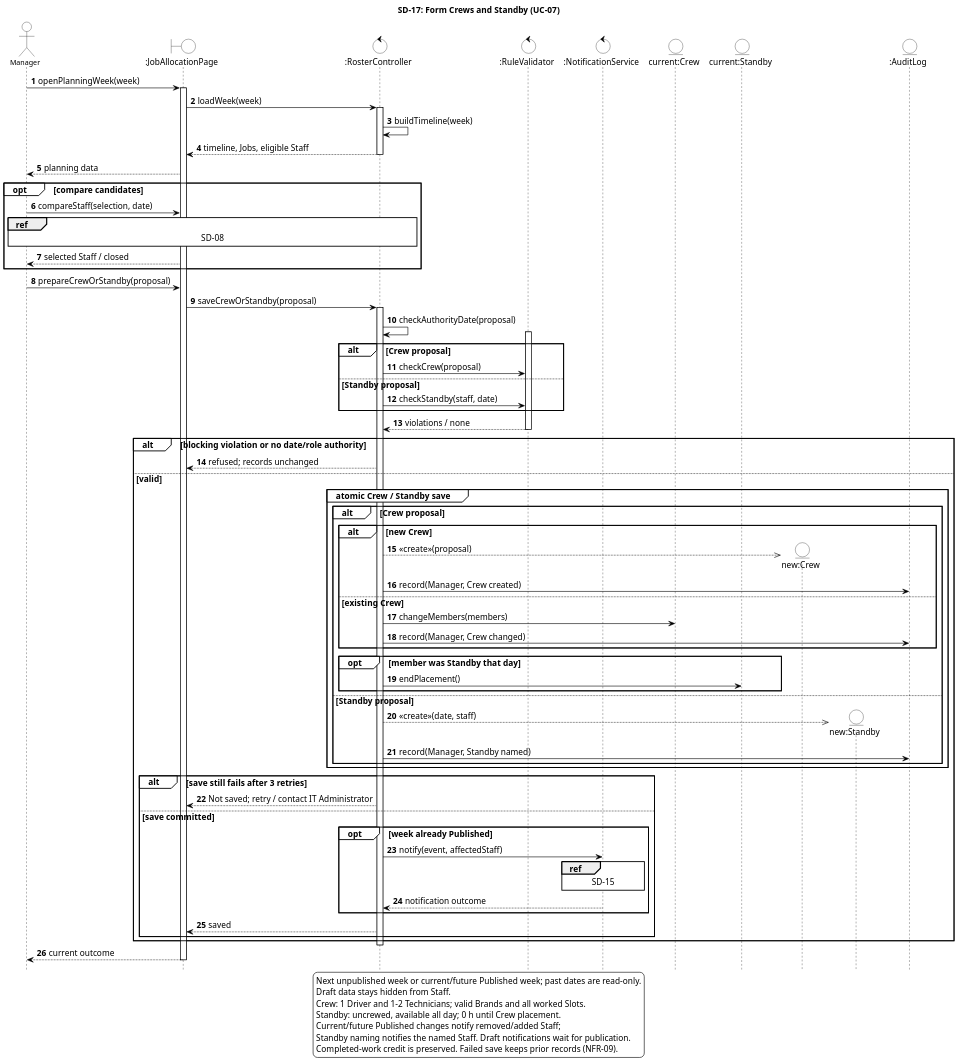
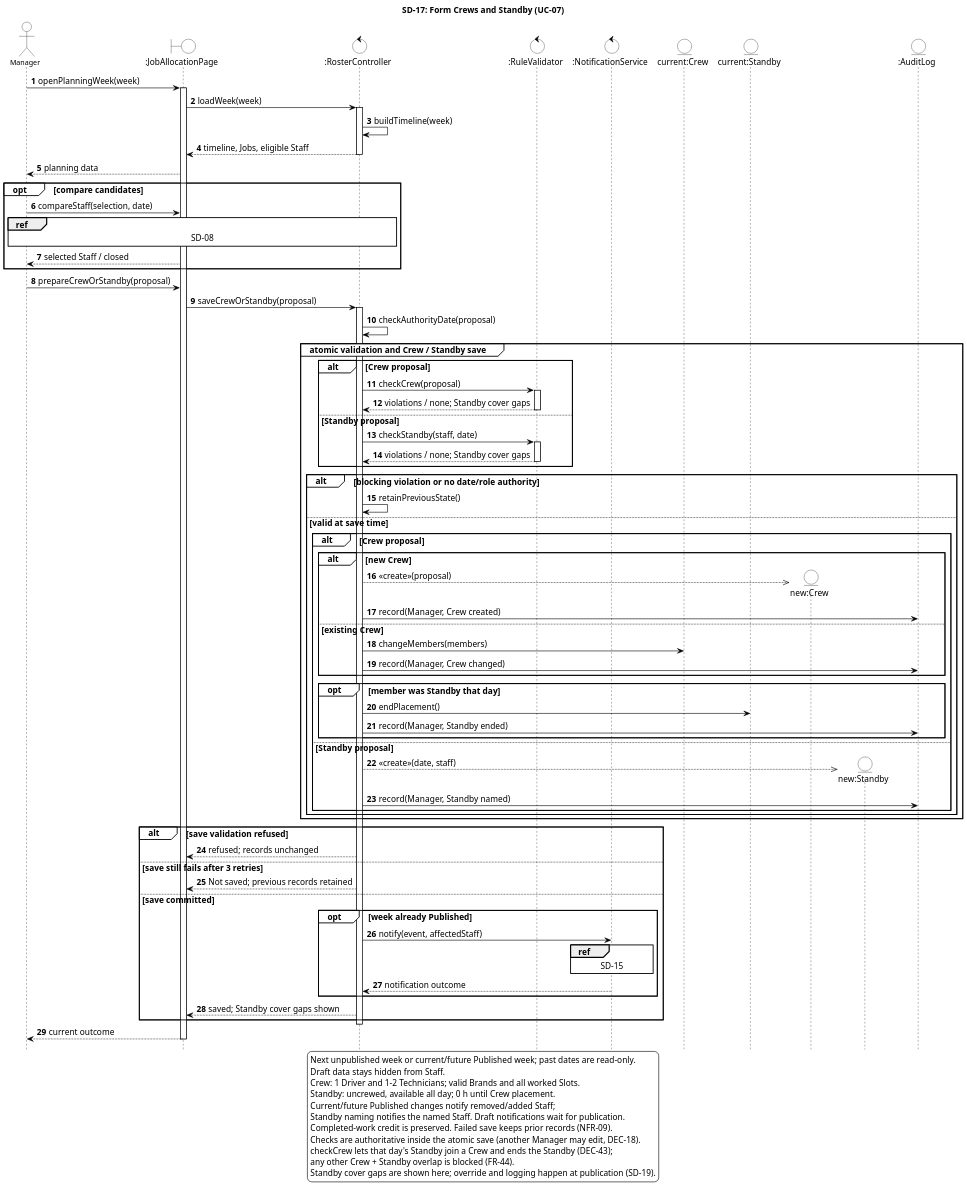
Before and after one commit to ZadeNova/inf2001-SE: the diagram in diagrams/SD-17-form-crews-and-standby.puml, drawn with PlantUML. The commit also changed 4 other files, not shown here.

First line of the commit message:
Fix consistency gaps in SD-17, SD-18 and SD-19

```diff
--- a/diagrams/SD-17-form-crews-and-standby.puml
+++ b/diagrams/SD-17-form-crews-and-standby.puml
@@ -1,110 +1,119 @@
 @startuml SD-17-form-crews-and-standby
 skinparam backgroundColor white
 skinparam shadowing false
 skinparam defaultFontName Arial
 skinparam defaultFontSize 14
 skinparam ArrowColor black
 skinparam ParticipantBackgroundColor white
 skinparam ParticipantBorderColor black
 skinparam ActorBackgroundColor white
 skinparam ActorBorderColor black
 skinparam BoundaryBackgroundColor white
 skinparam BoundaryBorderColor black
 skinparam ControlBackgroundColor white
 skinparam ControlBorderColor black
 skinparam EntityBackgroundColor white
 skinparam EntityBorderColor black
 skinparam SequenceLifeLineBorderColor black
 skinparam SequenceGroupBorderColor black
 skinparam SequenceGroupBackgroundColor white
 skinparam SequenceReferenceBackgroundColor white
 skinparam SequenceReferenceBorderColor black
 skinparam NoteBackgroundColor white
 skinparam NoteBorderColor black
 skinparam dpi 150
 hide footbox
 skinparam maxMessageSize 300
 skinparam wrapWidth 300
 skinparam sequenceParticipantFontSize 12
 skinparam sequenceActorFontSize 12
 autonumber
 title SD-17: Form Crews and Standby (UC-07)
 ' Traces: UC-07, UC-08; FR-30, FR-32, FR-33, FR-41, FR-43, FR-44, FR-46, FR-50, FR-51, FR-55, FR-64, FR-66, FR-71; NFR-09
 ' Sources: DEC-09, DEC-19, DEC-39, DEC-43, DEC-55, DEC-56; DEC-57; sequence-diagram-review.md.
 ' Round-2 source: DEC-58; sequence-diagram-review-round-2.md.
+' Consistency fix 2026-10-07: authoritative checks inside the atomic save (DEC-18, as SD-25);
+' Standby moved into a Crew (DEC-43); Standby cover gaps shown, overridden at publication (FR-45, FR-71, DEC-19).
 actor Manager
 boundary ":JobAllocationPage" as Page
 control ":RosterController" as RC
 control ":RuleValidator" as RV
 control ":NotificationService" as NS
 entity "current:Crew" as CUR
 entity "current:Standby" as CSB
 entity "new:Crew" as Crew
 entity "new:Standby" as SB
 entity ":AuditLog" as AL
 
 Manager -> Page : openPlanningWeek(week)
 activate Page
 Page -> RC ++ : loadWeek(week)
 RC -> RC : buildTimeline(week)
 RC --> Page -- : timeline, Jobs, eligible Staff
 Page --> Manager : planning data
 opt compare candidates
   Manager -> Page : compareStaff(selection, date)
   ref over Manager, Page, RC : SD-08
   Page --> Manager : selected Staff / closed
 end
 Manager -> Page : prepareCrewOrStandby(proposal)
 Page -> RC ++ : saveCrewOrStandby(proposal)
 RC -> RC : checkAuthorityDate(proposal)
-activate RV
-alt Crew proposal
-  RC -> RV : checkCrew(proposal)
-else Standby proposal
-  RC -> RV : checkStandby(staff, date)
-end
-RV --> RC -- : violations / none
-alt blocking violation or no date/role authority
-  RC --> Page : refused; records unchanged
-else valid
-  group atomic Crew / Standby save
+group atomic validation and Crew / Standby save
+  alt Crew proposal
+    RC -> RV ++ : checkCrew(proposal)
+    RV --> RC -- : violations / none; Standby cover gaps
+  else Standby proposal
+    RC -> RV ++ : checkStandby(staff, date)
+    RV --> RC -- : violations / none; Standby cover gaps
+  end
+  alt blocking violation or no date/role authority
+    RC -> RC : retainPreviousState()
+  else valid at save time
     alt Crew proposal
       alt new Crew
         RC -->> Crew ** : <<create>>(proposal)
         RC -> AL : record(Manager, Crew created)
       else existing Crew
         RC -> CUR : changeMembers(members)
         RC -> AL : record(Manager, Crew changed)
       end
       opt member was Standby that day
         RC -> CSB : endPlacement()
+        RC -> AL : record(Manager, Standby ended)
       end
     else Standby proposal
       RC -->> SB ** : <<create>>(date, staff)
       RC -> AL : record(Manager, Standby named)
     end
   end
-  alt save still fails after 3 retries
-    RC --> Page : Not saved; retry / contact IT Administrator
-  else save committed
-    opt week already Published
-      RC -> NS : notify(event, affectedStaff)
-      ref over NS : SD-15
-      NS --> RC : notification outcome
-    end
-    RC --> Page : saved
+end
+alt save validation refused
+  RC --> Page : refused; records unchanged
+else save still fails after 3 retries
+  RC --> Page : Not saved; previous records retained
+else save committed
+  opt week already Published
+    RC -> NS : notify(event, affectedStaff)
+    ref over NS : SD-15
+    NS --> RC : notification outcome
   end
+  RC --> Page : saved; Standby cover gaps shown
 end
 deactivate RC
 Page --> Manager : current outcome
 deactivate Page
 legend bottom
 Next unpublished week or current/future Published week; past dates are read-only.
 Draft data stays hidden from Staff.
 Crew: 1 Driver and 1-2 Technicians; valid Brands and all worked Slots.
 Standby: uncrewed, available all day; 0 h until Crew placement.
 Current/future Published changes notify removed/added Staff;
 Standby naming notifies the named Staff. Draft notifications wait for publication.
 Completed-work credit is preserved. Failed save keeps prior records (NFR-09).
+Checks are authoritative inside the atomic save (another Manager may edit, DEC-18).
+checkCrew lets that day's Standby join a Crew and ends the Standby (DEC-43);
+any other Crew + Standby overlap is blocked (FR-44).
+Standby cover gaps are shown here; override and logging happen at publication (SD-19).
 endlegend
 @enduml
```
